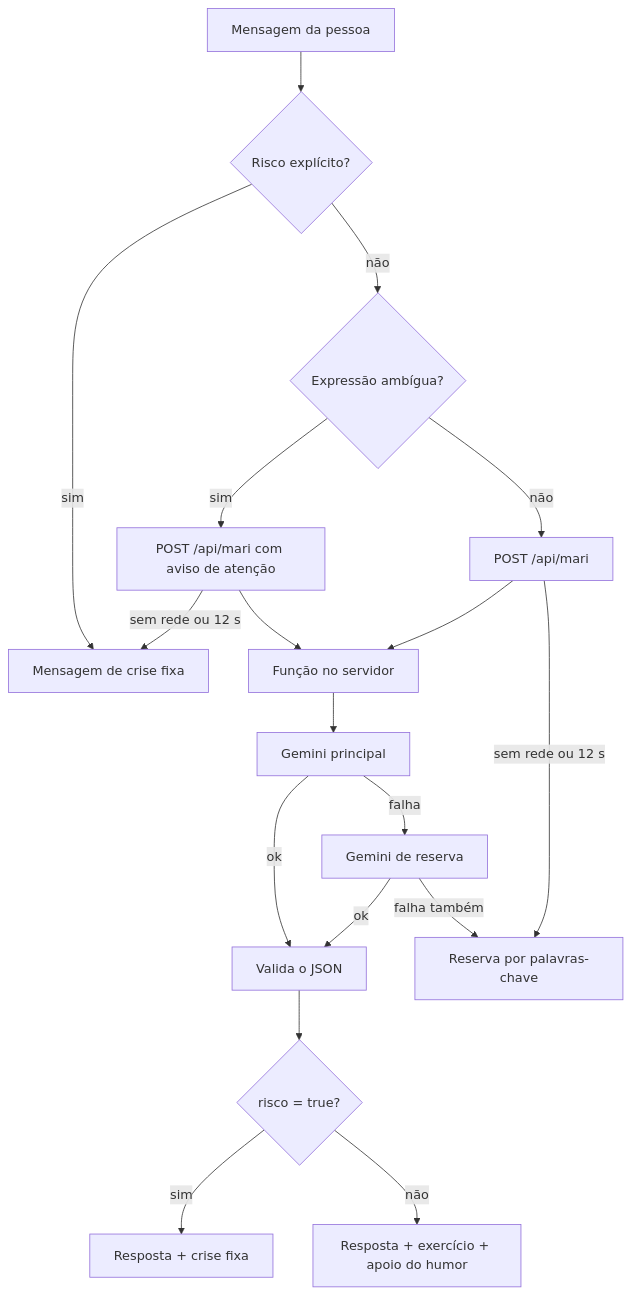
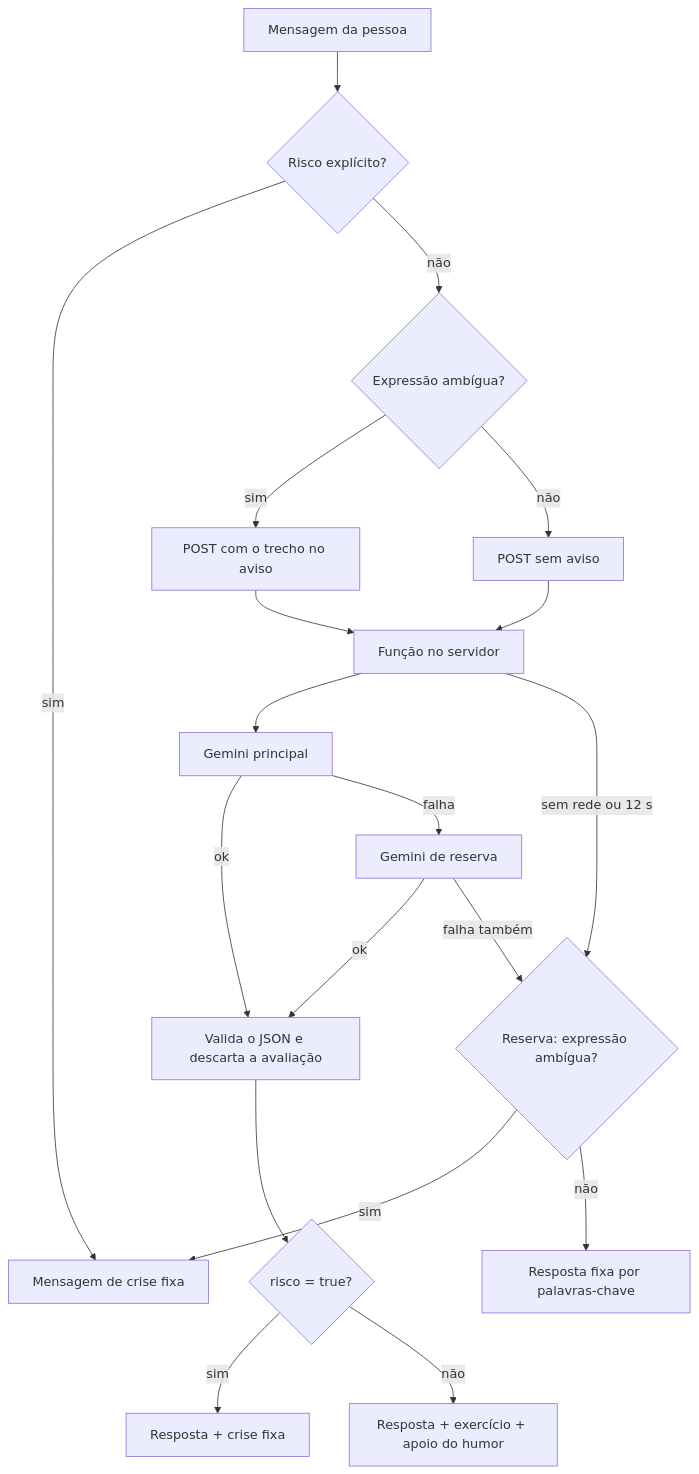
One commit to MERECHIA/mari-assistente changed the diagram in docs/fluxo-mari.mmd. Above: the diagram before and after it, drawn with Mermaid. The commit also changed 4 other files, not shown here.

Commit message:
Documentação da versão atual: duas camadas, trecho e avaliação de risco, métricas

```diff
--- a/docs/fluxo-mari.mmd
+++ b/docs/fluxo-mari.mmd
@@ -1,18 +1,19 @@
 flowchart TD
     A[Mensagem da pessoa] --> B{Risco explícito?}
     B -- sim --> C[Mensagem de crise fixa]
     B -- não --> B2{Expressão ambígua?}
-    B2 -- sim --> D2[POST /api/mari com aviso de atenção]
-    B2 -- não --> D[POST /api/mari]
-    D2 -- sem rede ou 12 s --> C
+    B2 -- sim --> D2[POST com o trecho no aviso]
+    B2 -- não --> D[POST sem aviso]
     D2 --> E[Função no servidor]
     D --> E
-    D -- sem rede ou 12 s --> L[Reserva por palavras-chave]
     E --> F[Gemini principal]
-    F -- ok --> H[Valida o JSON]
+    F -- ok --> H[Valida o JSON e descarta a avaliação]
     F -- falha --> G[Gemini de reserva]
     G -- ok --> H
-    G -- falha também --> L
+    G -- falha também --> L{Reserva: expressão ambígua?}
+    E -- sem rede ou 12 s --> L
+    L -- sim --> C
+    L -- não --> M[Resposta fixa por palavras-chave]
     H --> I{risco = true?}
     I -- sim --> J[Resposta + crise fixa]
     I -- não --> K[Resposta + exercício + apoio do humor]
```
